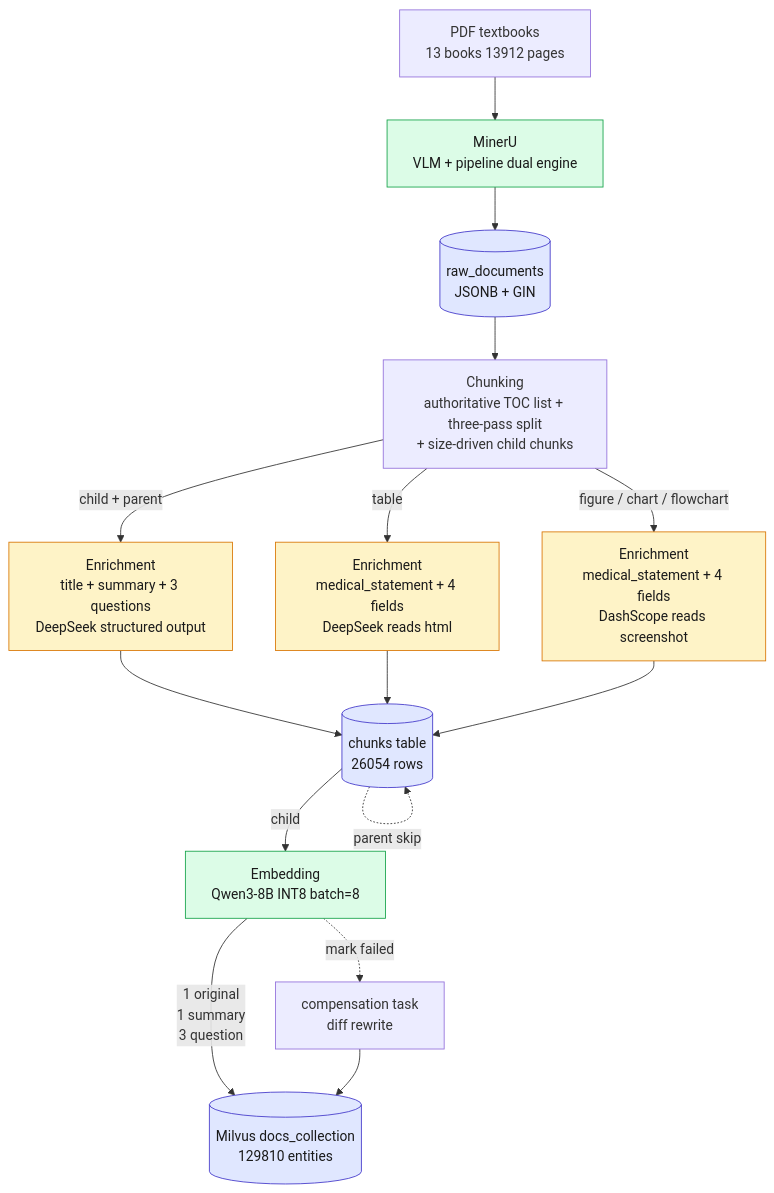
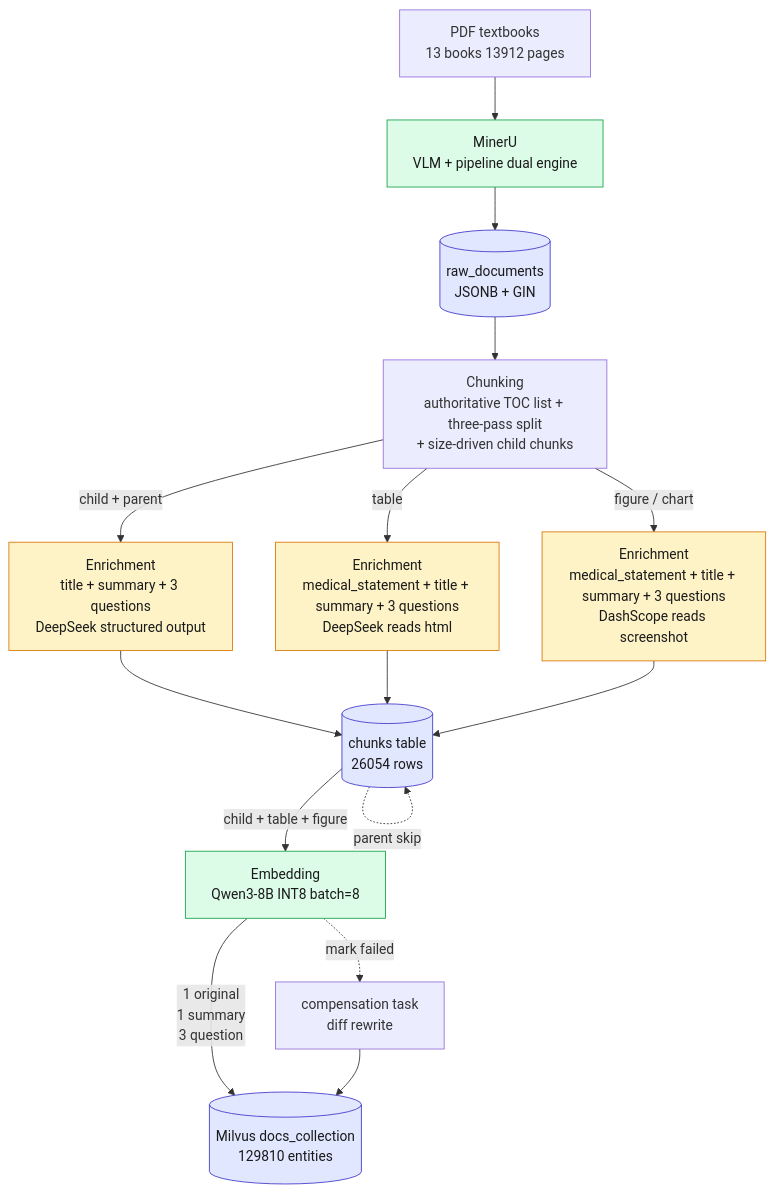
Before and after one commit to Handshakeworm/Agentic-RAG-Diagnose-Assistant: the third of 5 diagrams in README.en.md, drawn with Mermaid. The commit also changed other lines of this file and 6 other files, not shown here.

First line of the commit message:
docs: README 图对齐现状+瘦身 + 修复 mermaid 报错 + 待办收口

````diff
--- a/README.en.md
+++ b/README.en.md
@@ -220,28 +220,28 @@
 ```mermaid
 flowchart TD
     PDF[PDF textbooks<br/>13 books 13912 pages] --> MR[MinerU<br/>VLM + pipeline dual engine]
     MR --> RD[(raw_documents<br/>JSONB + GIN)]
     RD --> CK[Chunking<br/>authoritative TOC list + three-pass split<br/>+ size-driven child chunks]
 
     CK -->|child + parent| EN1[Enrichment<br/>title + summary + 3 questions<br/>DeepSeek structured output]
-    CK -->|table| EN2[Enrichment<br/>medical_statement + 4 fields<br/>DeepSeek reads html]
-    CK -->|figure / chart / flowchart| EN3[Enrichment<br/>medical_statement + 4 fields<br/>DashScope reads screenshot]
+    CK -->|table| EN2[Enrichment<br/>medical_statement + title + summary + 3 questions<br/>DeepSeek reads html]
+    CK -->|figure / chart| EN3[Enrichment<br/>medical_statement + title + summary + 3 questions<br/>DashScope reads screenshot]
 
     EN1 --> CH[(chunks table<br/>26054 rows)]
     EN2 --> CH
     EN3 --> CH
 
-    CH -->|child| EM[Embedding<br/>Qwen3-8B INT8 batch=8]
+    CH -->|child + table + figure| EM[Embedding<br/>Qwen3-8B INT8 batch=8]
     CH -.parent skip.-> CH
     EM -->|1 original<br/>1 summary<br/>3 question| MV[(Milvus docs_collection<br/>129810 entities)]
 
     EM -.mark failed.-> COMP[compensation task<br/>diff rewrite]
     COMP --> MV
 
     classDef llm fill:#fef3c7,stroke:#d97706,color:#1a1a1a
     classDef gpu fill:#dcfce7,stroke:#16a34a,color:#1a1a1a
     classDef store fill:#e0e7ff,stroke:#4338ca,color:#1a1a1a
     class EN1,EN2,EN3 llm
     class EM,MR gpu
     class RD,CH,MV store
 ```
````
